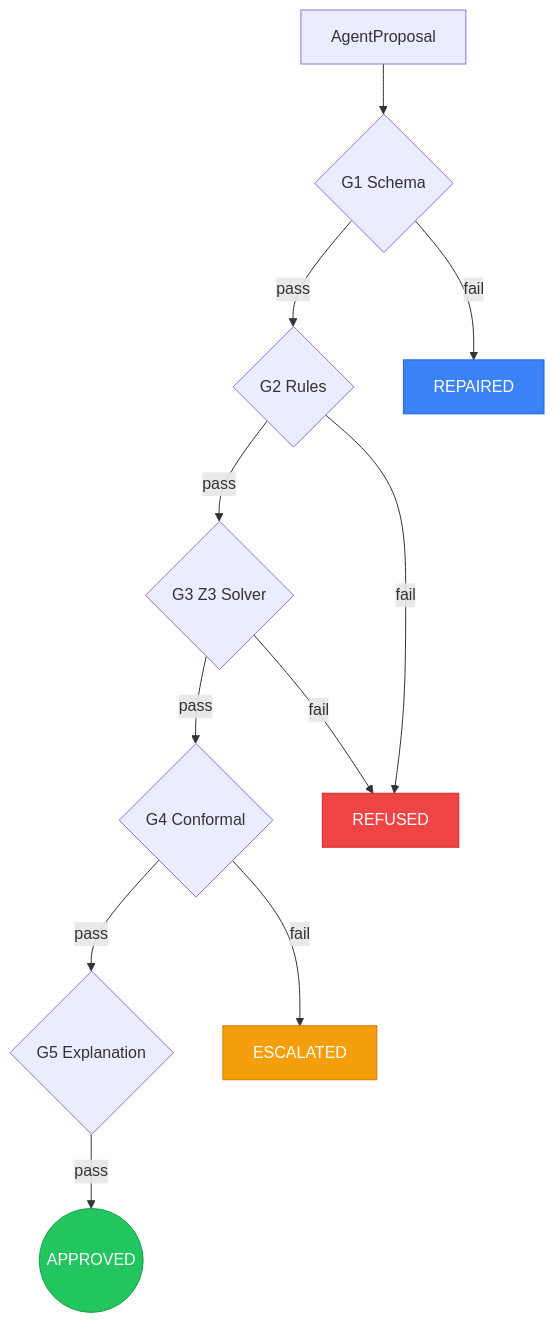
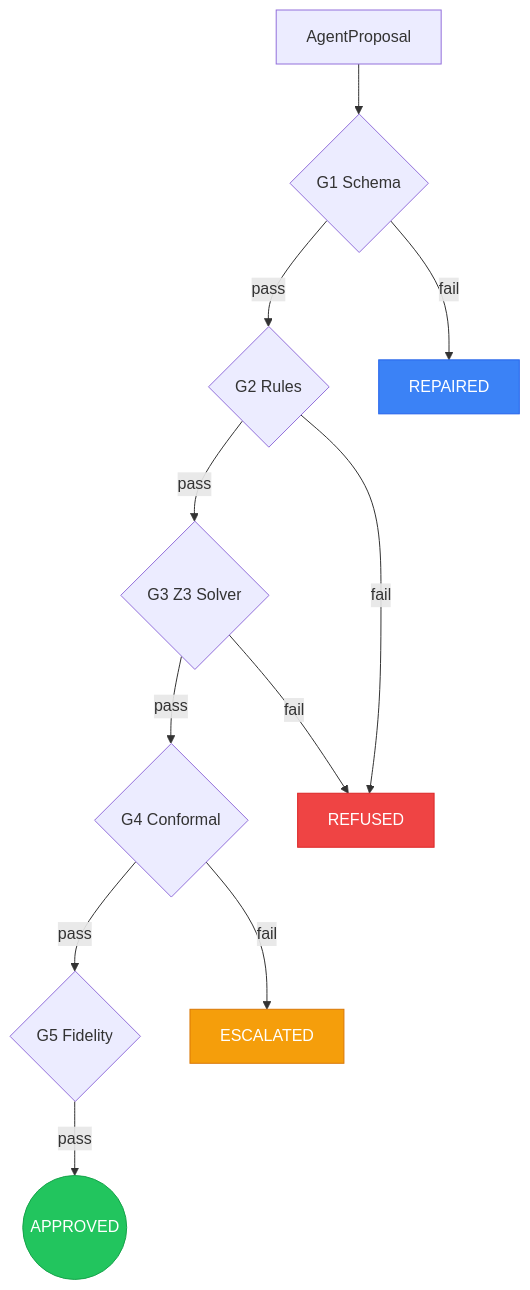
The diagram in README.md (rafaelcontente/TrustPort), drawn with Mermaid before and after one commit. The commit also changed other lines of this file and 2 other files, not shown here.

````diff
--- a/README.md
+++ b/README.md
@@ -34,17 +35,17 @@
 ```mermaid
 graph TD
     A[AgentProposal] --> G1{G1 Schema}
     G1 -->|pass| G2{G2 Rules}
     G2 -->|pass| G3{G3 Z3 Solver}
     G3 -->|pass| G4{G4 Conformal}
-    G4 -->|pass| G5{G5 Explanation}
+    G4 -->|pass| G5{G5 Fidelity}
     G5 -->|pass| OK((APPROVED))
     G1 -->|fail| REP[REPAIRED]
     G2 -->|fail| REF[REFUSED]
     G3 -->|fail| REF
     G4 -->|fail| ESC[ESCALATED]
     style OK fill:#22c55e,stroke:#16a34a,color:#fff
     style REP fill:#3b82f6,stroke:#2563eb,color:#fff
     style REF fill:#ef4444,stroke:#dc2626,color:#fff
     style ESC fill:#f59e0b,stroke:#d97706,color:#fff
 ```
````
